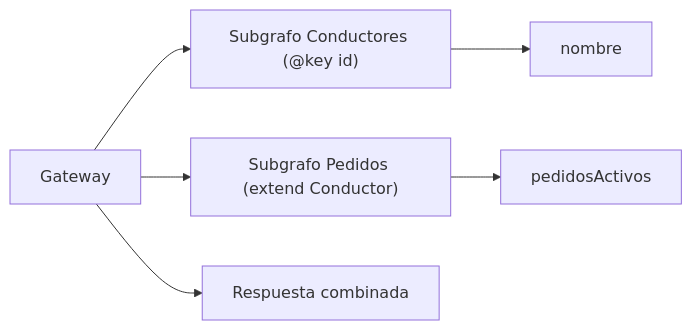
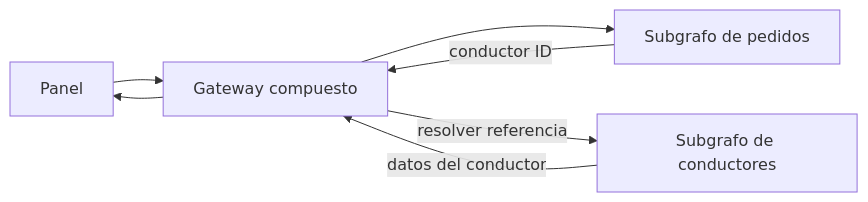
Before and after one commit to NICORUIZ93/The_Imperial_Book: the second of 6 diagrams in web/public/content/node/modulo-14.md, drawn with Mermaid. The commit also changed other lines of this file and 33 other files, not shown here.

````diff
--- a/web/public/content/node/modulo-14.md
+++ b/web/public/content/node/modulo-14.md
@@ -230,8 +423,9 @@
 ```mermaid
 flowchart LR
-  G[Gateway] --> C["Subgrafo Conductores (@key id)"]
-  G --> P["Subgrafo Pedidos (extend Conductor)"]
-  C --> R1[nombre]
-  P --> R2[pedidosActivos]
-  G --> M["Respuesta combinada"]
+  Client[Panel] --> Gateway[Gateway compuesto]
+  Gateway --> Orders[Subgrafo de pedidos]
+  Orders -->|conductor ID| Gateway
+  Gateway -->|resolver referencia| Drivers[Subgrafo de conductores]
+  Drivers -->|datos del conductor| Gateway
+  Gateway --> Client
 ```
````
